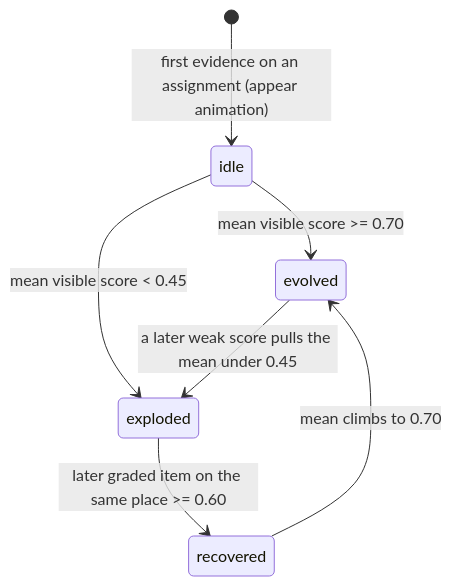
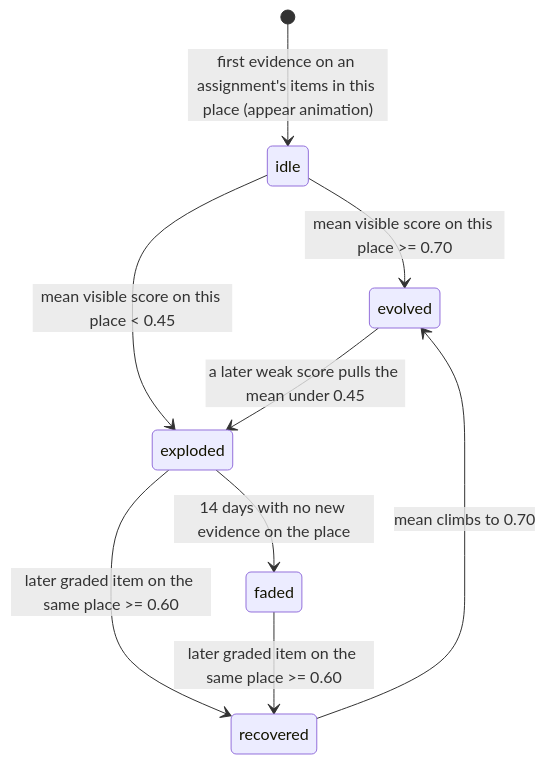
The tenth of 11 diagrams in docs/architecture.md (pjc0210/StudyGotchi), drawn with Mermaid before and after one commit. The commit also changed other lines of this file and 407 other files, not shown here.

Commit message:
Record the character rules (residents per assignment and place, wisps, fading) and the empty-sea first run in the docs.

````diff
--- a/docs/architecture.md
+++ b/docs/architecture.md
@@ -276,9 +276,11 @@
 ```mermaid
 stateDiagram-v2
-  [*] --> idle : first evidence on an assignment (appear animation)
-  idle --> evolved : mean visible score >= 0.70
-  idle --> exploded : mean visible score < 0.45
+  [*] --> idle : first evidence on an assignment's items in this place (appear animation)
+  idle --> evolved : mean visible score on this place >= 0.70
+  idle --> exploded : mean visible score on this place < 0.45
   evolved --> exploded : a later weak score pulls the mean under 0.45
   exploded --> recovered : later graded item on the same place >= 0.60
+  exploded --> faded : 14 days with no new evidence on the place
+  faded --> recovered : later graded item on the same place >= 0.60
   recovered --> evolved : mean climbs to 0.70
 ```
````
